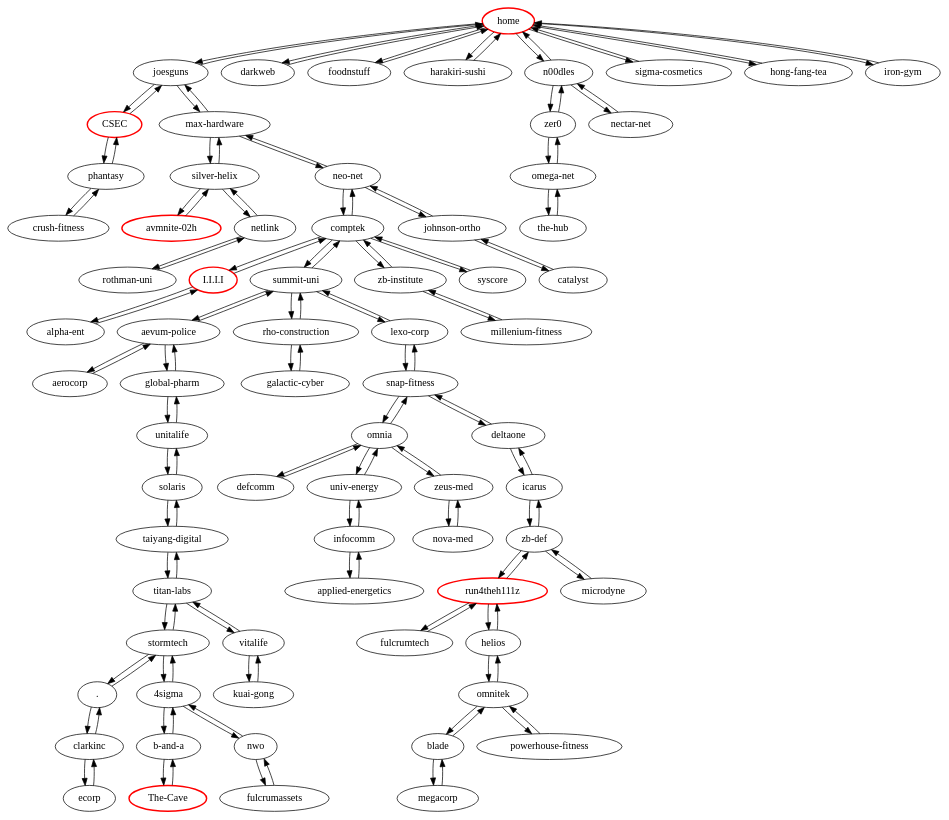
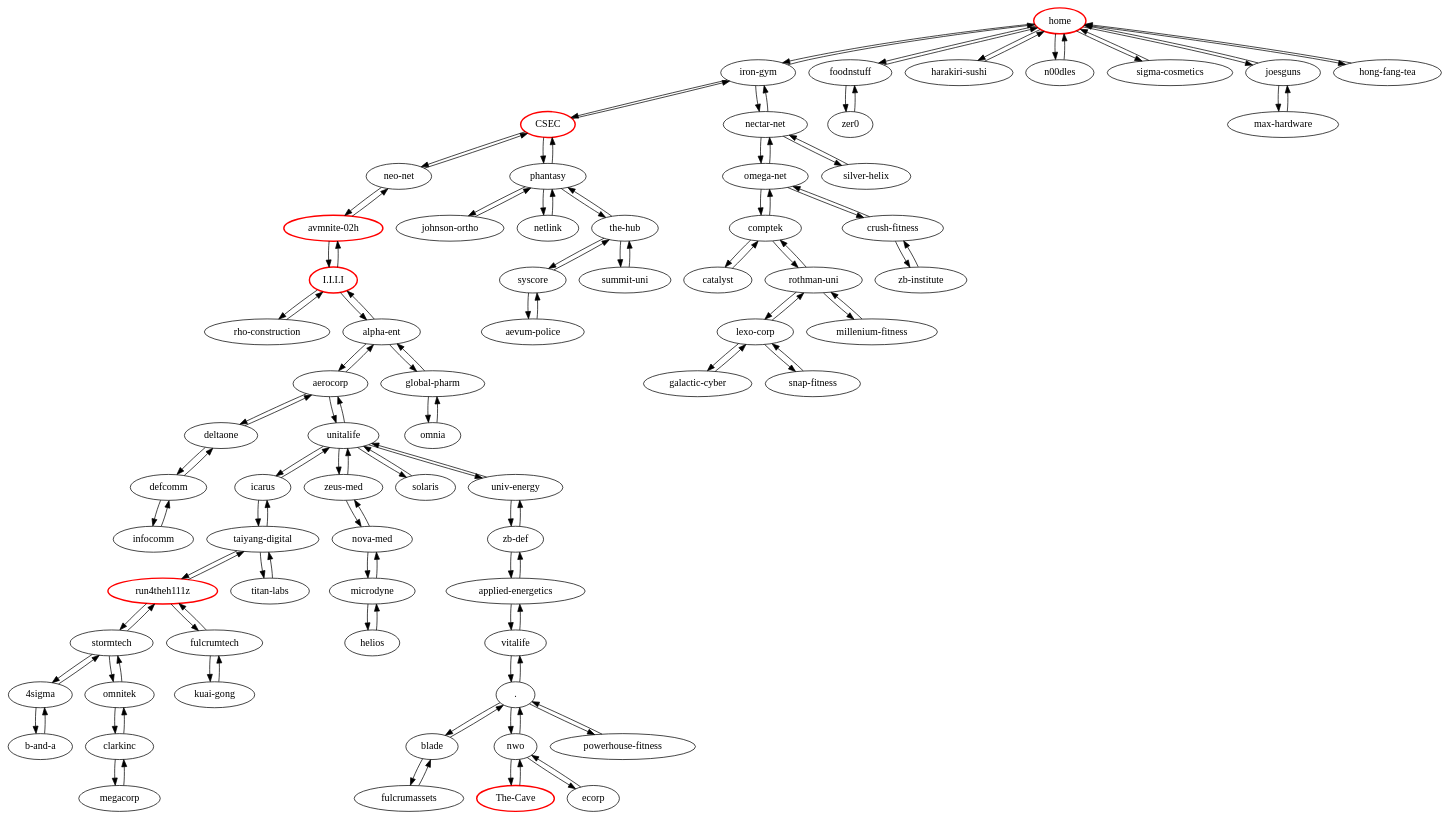
The diagram in notes/network.dot (spilliams/bitburner-scripts), drawn with Graphviz before and after one commit. The commit also changed 3 other files, not shown here.

```diff
--- a/notes/network.dot
+++ b/notes/network.dot
@@ -1,93 +1,105 @@
 digraph bitburner {
   "home", "I.I.I.I", "CSEC", "avmnite-02h", "run4theh111z", "The-Cave" [style=bold; color=red]
 
-"stormtech" -> "."
+"vitalife" -> "."
 
-"clarkinc" -> "."
+"blade" -> "."
+
+"nwo" -> "."
+
+"powerhouse-fitness" -> "."
 
 "stormtech" -> "4sigma"
 
 "b-and-a" -> "4sigma"
 
-"nwo" -> "4sigma"
+"iron-gym" -> "CSEC"
 
-"joesguns" -> "CSEC"
+"neo-net" -> "CSEC"
 
 "phantasy" -> "CSEC"
 
-"comptek" -> "I.I.I.I"
+"avmnite-02h" -> "I.I.I.I"
+
+"rho-construction" -> "I.I.I.I"
 
 "alpha-ent" -> "I.I.I.I"
 
-"b-and-a" -> "The-Cave"
+"nwo" -> "The-Cave"
 
-"aevum-police" -> "aerocorp"
+"alpha-ent" -> "aerocorp"
 
-"summit-uni" -> "aevum-police"
+"deltaone" -> "aerocorp"
 
-"aerocorp" -> "aevum-police"
+"unitalife" -> "aerocorp"
 
-"global-pharm" -> "aevum-police"
+"syscore" -> "aevum-police"
 
 "I.I.I.I" -> "alpha-ent"
 
-"infocomm" -> "applied-energetics"
+"aerocorp" -> "alpha-ent"
 
-"silver-helix" -> "avmnite-02h"
+"global-pharm" -> "alpha-ent"
+
+"zb-def" -> "applied-energetics"
+
+"vitalife" -> "applied-energetics"
+
+"neo-net" -> "avmnite-02h"
+
+"I.I.I.I" -> "avmnite-02h"
 
 "4sigma" -> "b-and-a"
 
-"The-Cave" -> "b-and-a"
+"." -> "blade"
 
-"omnitek" -> "blade"
+"fulcrumassets" -> "blade"
 
-"megacorp" -> "blade"
+"comptek" -> "catalyst"
 
-"johnson-ortho" -> "catalyst"
+"omnitek" -> "clarkinc"
 
-"." -> "clarkinc"
+"megacorp" -> "clarkinc"
 
-"ecorp" -> "clarkinc"
+"omega-net" -> "comptek"
 
-"neo-net" -> "comptek"
+"rothman-uni" -> "comptek"
 
-"zb-institute" -> "comptek"
+"catalyst" -> "comptek"
 
-"summit-uni" -> "comptek"
+"omega-net" -> "crush-fitness"
 
-"syscore" -> "comptek"
+"zb-institute" -> "crush-fitness"
 
-"I.I.I.I" -> "comptek"
+"deltaone" -> "defcomm"
 
-"phantasy" -> "crush-fitness"
+"infocomm" -> "defcomm"
 
-"home" -> "darkweb"
+"aerocorp" -> "deltaone"
 
-"omnia" -> "defcomm"
+"defcomm" -> "deltaone"
 
-"snap-fitness" -> "deltaone"
-
-"icarus" -> "deltaone"
-
-"clarkinc" -> "ecorp"
+"nwo" -> "ecorp"
 
 "home" -> "foodnstuff"
 
-"nwo" -> "fulcrumassets"
+"zer0" -> "foodnstuff"
+
+"blade" -> "fulcrumassets"
 
 "run4theh111z" -> "fulcrumtech"
 
-"rho-construction" -> "galactic-cyber"
+"kuai-gong" -> "fulcrumtech"
 
-"aevum-police" -> "global-pharm"
+"lexo-corp" -> "galactic-cyber"
 
-"unitalife" -> "global-pharm"
+"alpha-ent" -> "global-pharm"
+
+"omnia" -> "global-pharm"
 
 "home" -> "harakiri-sushi"
 
-"run4theh111z" -> "helios"
-
-"omnitek" -> "helios"
+"microdyne" -> "helios"
 
 "n00dles" -> "home"
 
@@ -103,181 +115,165 @@
 
 "iron-gym" -> "home"
 
-"darkweb" -> "home"
-
 "home" -> "hong-fang-tea"
 
-"deltaone" -> "icarus"
+"unitalife" -> "icarus"
 
-"zb-def" -> "icarus"
+"taiyang-digital" -> "icarus"
 
-"univ-energy" -> "infocomm"
-
-"applied-energetics" -> "infocomm"
+"defcomm" -> "infocomm"
 
 "home" -> "iron-gym"
+
+"nectar-net" -> "iron-gym"
+
+"CSEC" -> "iron-gym"
 
 "home" -> "joesguns"
 
 "max-hardware" -> "joesguns"
 
-"CSEC" -> "joesguns"
+"phantasy" -> "johnson-ortho"
 
-"neo-net" -> "johnson-ortho"
+"fulcrumtech" -> "kuai-gong"
 
-"catalyst" -> "johnson-ortho"
+"rothman-uni" -> "lexo-corp"
 
-"vitalife" -> "kuai-gong"
-
-"summit-uni" -> "lexo-corp"
+"galactic-cyber" -> "lexo-corp"
 
 "snap-fitness" -> "lexo-corp"
 
 "joesguns" -> "max-hardware"
 
-"neo-net" -> "max-hardware"
+"clarkinc" -> "megacorp"
 
-"silver-helix" -> "max-hardware"
+"nova-med" -> "microdyne"
 
-"blade" -> "megacorp"
+"helios" -> "microdyne"
 
-"zb-def" -> "microdyne"
-
-"zb-institute" -> "millenium-fitness"
+"rothman-uni" -> "millenium-fitness"
 
 "home" -> "n00dles"
 
-"zer0" -> "n00dles"
+"iron-gym" -> "nectar-net"
 
-"nectar-net" -> "n00dles"
+"silver-helix" -> "nectar-net"
 
-"n00dles" -> "nectar-net"
+"omega-net" -> "nectar-net"
 
-"max-hardware" -> "neo-net"
+"CSEC" -> "neo-net"
 
-"comptek" -> "neo-net"
+"avmnite-02h" -> "neo-net"
 
-"johnson-ortho" -> "neo-net"
-
-"silver-helix" -> "netlink"
-
-"rothman-uni" -> "netlink"
+"phantasy" -> "netlink"
 
 "zeus-med" -> "nova-med"
 
-"4sigma" -> "nwo"
+"microdyne" -> "nova-med"
 
-"fulcrumassets" -> "nwo"
+"." -> "nwo"
 
-"zer0" -> "omega-net"
+"ecorp" -> "nwo"
 
-"the-hub" -> "omega-net"
+"The-Cave" -> "nwo"
 
-"snap-fitness" -> "omnia"
+"nectar-net" -> "omega-net"
 
-"defcomm" -> "omnia"
+"comptek" -> "omega-net"
 
-"univ-energy" -> "omnia"
+"crush-fitness" -> "omega-net"
 
-"zeus-med" -> "omnia"
+"global-pharm" -> "omnia"
 
-"helios" -> "omnitek"
+"stormtech" -> "omnitek"
 
-"blade" -> "omnitek"
-
-"powerhouse-fitness" -> "omnitek"
+"clarkinc" -> "omnitek"
 
 "CSEC" -> "phantasy"
 
-"crush-fitness" -> "phantasy"
+"the-hub" -> "phantasy"
 
-"omnitek" -> "powerhouse-fitness"
+"netlink" -> "phantasy"
 
-"summit-uni" -> "rho-construction"
+"johnson-ortho" -> "phantasy"
 
-"galactic-cyber" -> "rho-construction"
+"." -> "powerhouse-fitness"
 
-"netlink" -> "rothman-uni"
+"I.I.I.I" -> "rho-construction"
 
-"zb-def" -> "run4theh111z"
+"comptek" -> "rothman-uni"
+
+"lexo-corp" -> "rothman-uni"
+
+"millenium-fitness" -> "rothman-uni"
+
+"taiyang-digital" -> "run4theh111z"
 
 "fulcrumtech" -> "run4theh111z"
 
-"helios" -> "run4theh111z"
+"stormtech" -> "run4theh111z"
 
 "home" -> "sigma-cosmetics"
 
-"max-hardware" -> "silver-helix"
-
-"netlink" -> "silver-helix"
-
-"avmnite-02h" -> "silver-helix"
+"nectar-net" -> "silver-helix"
 
 "lexo-corp" -> "snap-fitness"
 
-"omnia" -> "snap-fitness"
-
-"deltaone" -> "snap-fitness"
-
 "unitalife" -> "solaris"
 
-"taiyang-digital" -> "solaris"
+"run4theh111z" -> "stormtech"
 
-"titan-labs" -> "stormtech"
+"omnitek" -> "stormtech"
 
 "4sigma" -> "stormtech"
 
-"." -> "stormtech"
+"the-hub" -> "summit-uni"
 
-"comptek" -> "summit-uni"
+"the-hub" -> "syscore"
 
-"lexo-corp" -> "summit-uni"
+"aevum-police" -> "syscore"
 
-"rho-construction" -> "summit-uni"
-
-"aevum-police" -> "summit-uni"
-
-"comptek" -> "syscore"
-
-"solaris" -> "taiyang-digital"
+"icarus" -> "taiyang-digital"
 
 "titan-labs" -> "taiyang-digital"
 
-"omega-net" -> "the-hub"
+"run4theh111z" -> "taiyang-digital"
+
+"phantasy" -> "the-hub"
+
+"summit-uni" -> "the-hub"
+
+"syscore" -> "the-hub"
 
 "taiyang-digital" -> "titan-labs"
 
-"stormtech" -> "titan-labs"
+"aerocorp" -> "unitalife"
 
-"vitalife" -> "titan-labs"
+"icarus" -> "unitalife"
 
-"global-pharm" -> "unitalife"
+"univ-energy" -> "unitalife"
 
 "solaris" -> "unitalife"
 
-"omnia" -> "univ-energy"
+"zeus-med" -> "unitalife"
 
-"infocomm" -> "univ-energy"
+"unitalife" -> "univ-energy"
 
-"titan-labs" -> "vitalife"
+"zb-def" -> "univ-energy"
 
-"kuai-gong" -> "vitalife"
+"applied-energetics" -> "vitalife"
 
-"icarus" -> "zb-def"
+"." -> "vitalife"
 
-"microdyne" -> "zb-def"
+"univ-energy" -> "zb-def"
 
-"run4theh111z" -> "zb-def"
+"applied-energetics" -> "zb-def"
 
-"comptek" -> "zb-institute"
+"crush-fitness" -> "zb-institute"
 
-"millenium-fitness" -> "zb-institute"
+"foodnstuff" -> "zer0"
 
-"n00dles" -> "zer0"
-
-"omega-net" -> "zer0"
-
-"omnia" -> "zeus-med"
+"unitalife" -> "zeus-med"
 
 "nova-med" -> "zeus-med"
 }
```
